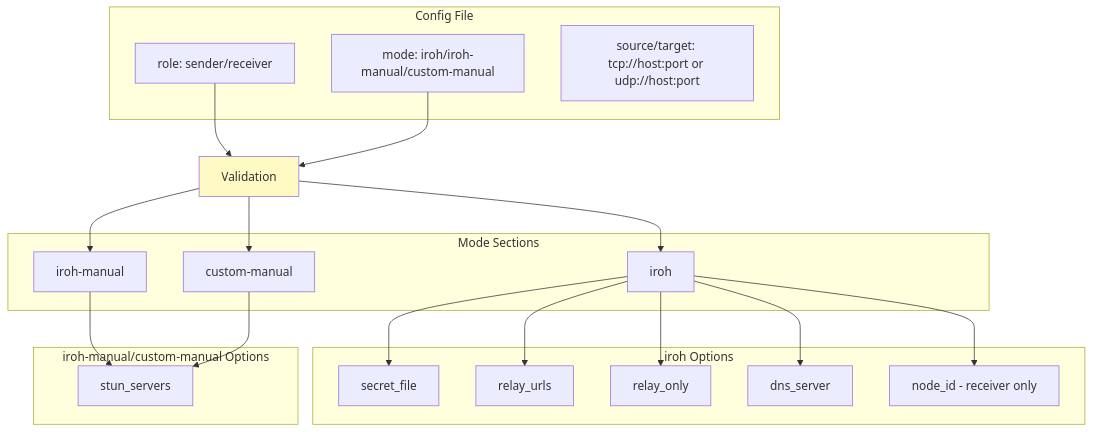
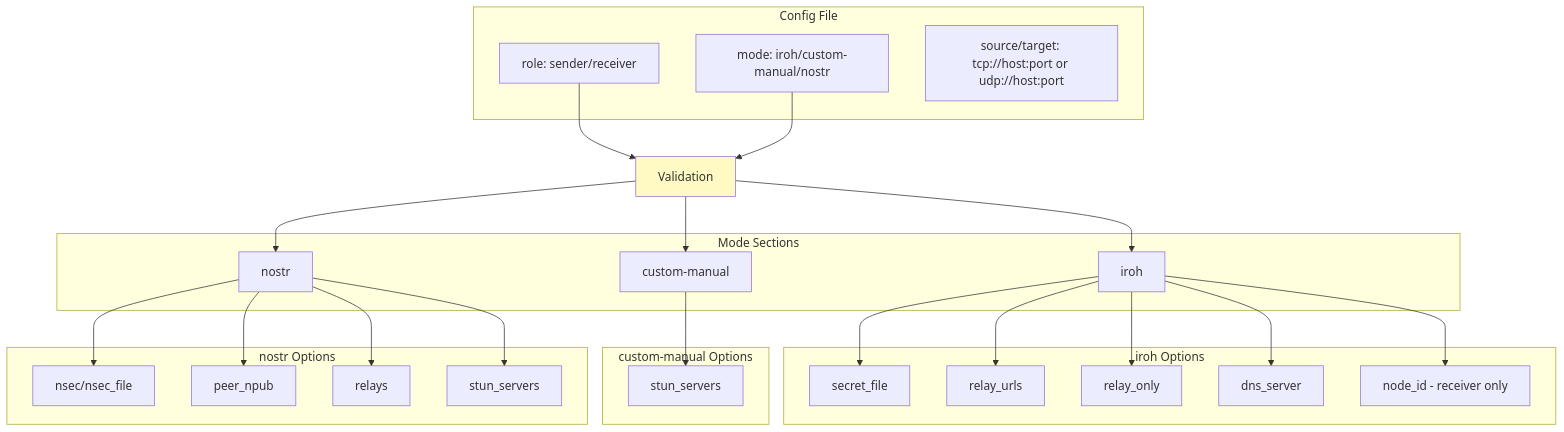
Before and after one commit to andrewtheguy/vpn-rs: diagram 24 of 36 in docs/ARCHITECTURE.md, drawn with Mermaid. The commit also changed other lines of this file and 14 other files, not shown here.

First line of the commit message:
Refactor: Remove iroh-manual mode and related configurations

````diff
--- a/docs/ARCHITECTURE.md
+++ b/docs/ARCHITECTURE.md
@@ -1242,43 +1041,53 @@
 ```mermaid
 graph TB
     subgraph "Config File"
         A[role: sender/receiver]
-        B[mode: iroh/iroh-manual/custom-manual]
+        B[mode: iroh/custom-manual/nostr]
         C[source/target: tcp://host:port or udp://host:port]
     end
-    
+
     subgraph "Mode Sections"
         E[iroh]
-        F[iroh-manual]
         G[custom-manual]
+        H[nostr]
     end
-    
+
     subgraph "iroh Options"
-        H[secret_file]
-        I[relay_urls]
-        J[relay_only]
-        K[dns_server]
-        L[node_id - receiver only]
+        I[secret_file]
+        J[relay_urls]
+        K[relay_only]
+        L[dns_server]
+        M[node_id - receiver only]
     end
-    
-    subgraph "iroh-manual/custom-manual Options"
-        M[stun_servers]
+
+    subgraph "custom-manual Options"
+        N[stun_servers]
     end
-    
-    A --> N[Validation]
-    B --> N
-    N --> E
-    N --> F
-    N --> G
-    
-    E --> H
+
+    subgraph "nostr Options"
+        O[nsec/nsec_file]
+        P[peer_npub]
+        Q[relays]
+        R[stun_servers]
+    end
+
+    A --> S[Validation]
+    B --> S
+    S --> E
+    S --> G
+    S --> H
+
     E --> I
     E --> J
     E --> K
     E --> L
-    
-    F --> M
-    G --> M
-    
-    style N fill:#FFF9C4
+    E --> M
+
+    G --> N
+    H --> O
+    H --> P
+    H --> Q
+    H --> R
+
+    style S fill:#FFF9C4
 ```
````
